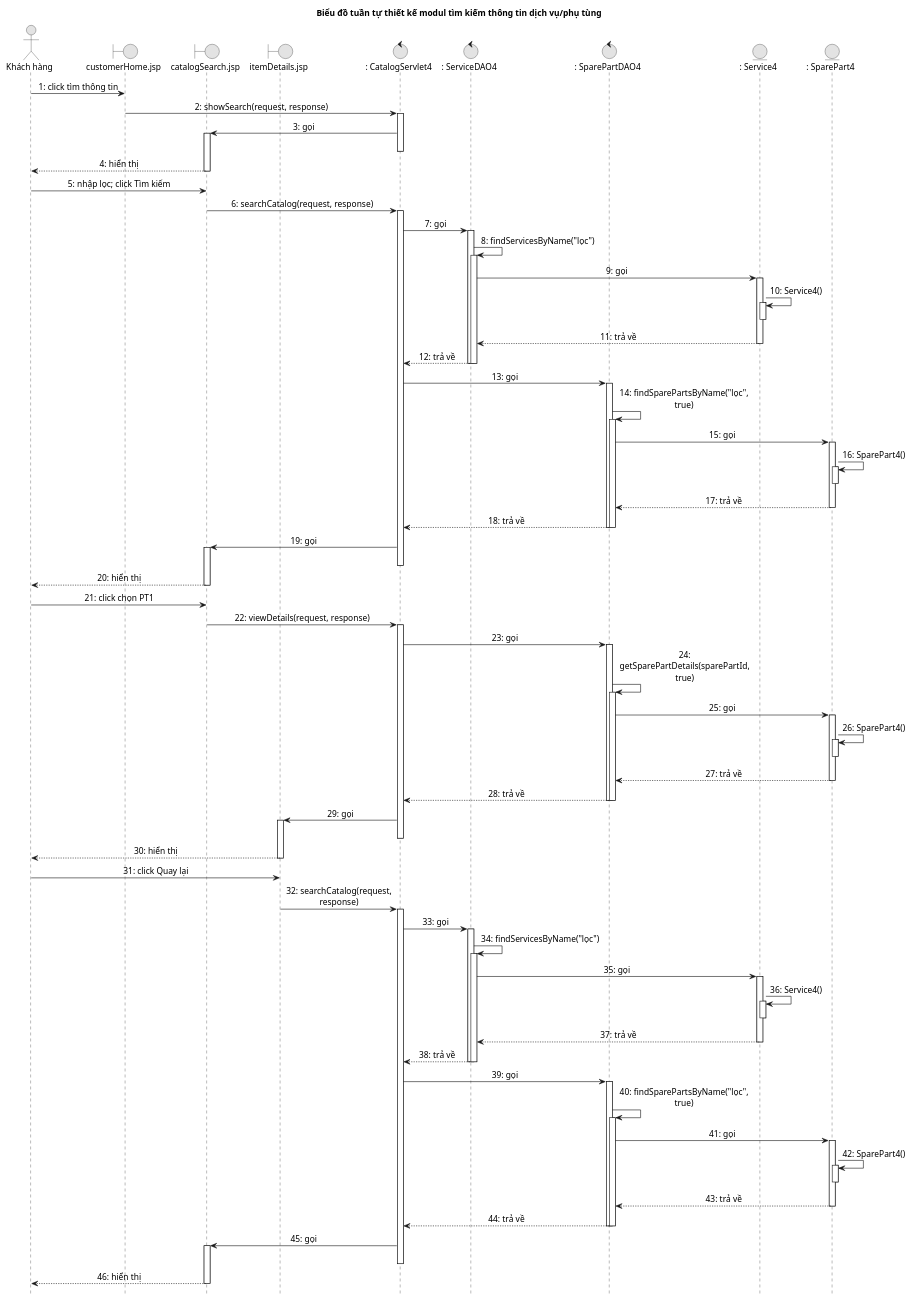
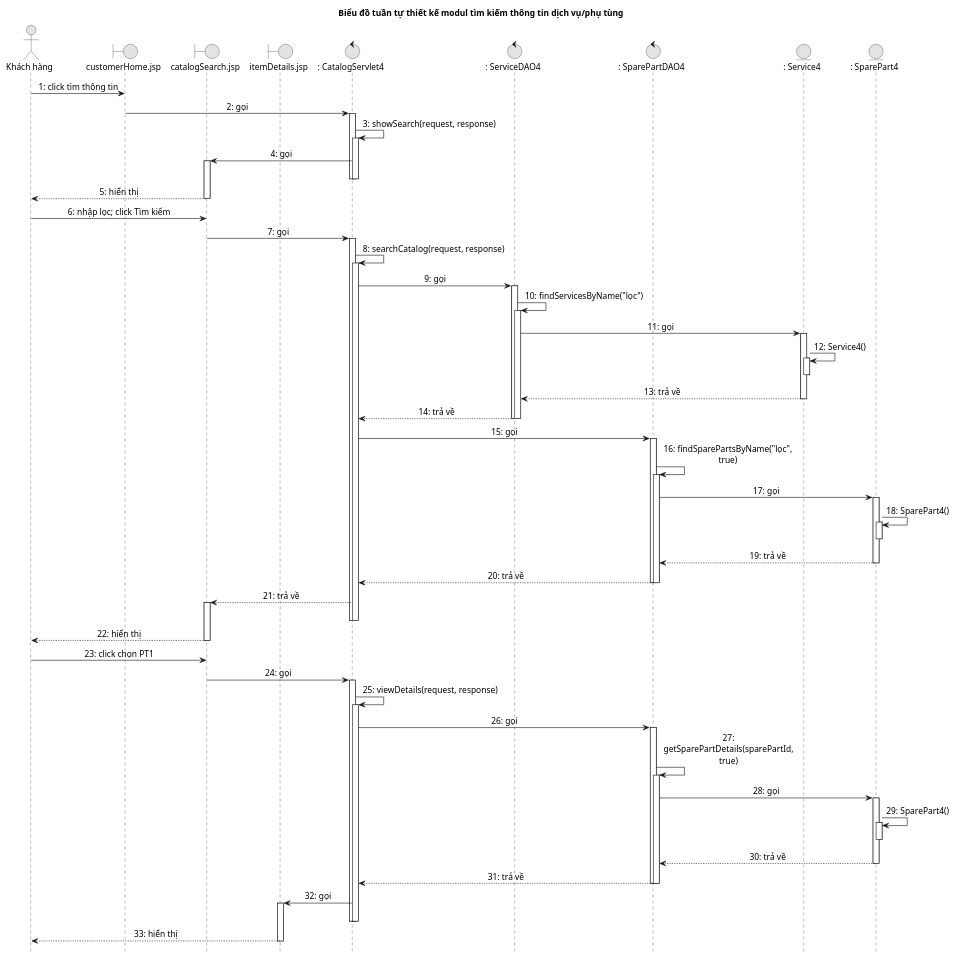
Before and after one commit to thanhdt05/Garaman: the diagram in app/docs/diagrams/tuan_tu_tra_cuu.puml, drawn with PlantUML. The commit also changed 86 other files, not shown here.

```diff
--- a/app/docs/diagrams/tuan_tu_tra_cuu.puml
+++ b/app/docs/diagrams/tuan_tu_tra_cuu.puml
@@ -1,125 +1,98 @@
 @startuml
 skinparam monochrome true
 skinparam shadowing false
 skinparam defaultFontName "Times New Roman"
 skinparam defaultFontSize 14
 skinparam sequenceMessageAlign center
 skinparam maxMessageSize 240
 skinparam ParticipantPadding 16
 skinparam responseMessageBelowArrow true
 hide footbox
 
 title Biểu đồ tuần tự thiết kế modul tìm kiếm thông tin dịch vụ/phụ tùng
 actor "Khách hàng" as A
 boundary "customerHome.jsp" as Home
 boundary "catalogSearch.jsp" as Search
 boundary "itemDetails.jsp" as Detail
 control ": CatalogServlet4" as C
 control ": ServiceDAO4" as SD
 control ": SparePartDAO4" as PD
 entity ": Service4" as S
 entity ": SparePart4" as P
 
 A -> Home : 1: click tìm thông tin
-Home -> C : 2: showSearch(request, response)
+Home -> C : 2: gọi
 activate C
-C -> Search : 3: gọi
+C -> C : 3: showSearch(request, response)
+activate C
+C -> Search : 4: gọi
 activate Search
 deactivate C
-Search --> A : 4: hiển thị
+deactivate C
+Search --> A : 5: hiển thị
 deactivate Search
-A -> Search : 5: nhập lọc; click Tìm kiếm
-Search -> C : 6: searchCatalog(request, response)
+A -> Search : 6: nhập lọc; click Tìm kiếm
+Search -> C : 7: gọi
 activate C
-C -> SD : 7: gọi
+C -> C : 8: searchCatalog(request, response)
+activate C
+C -> SD : 9: gọi
 activate SD
-SD -> SD : 8: findServicesByName("lọc")
+SD -> SD : 10: findServicesByName("lọc")
 activate SD
-SD -> S : 9: gọi
+SD -> S : 11: gọi
 activate S
-S -> S : 10: Service4()
+S -> S : 12: Service4()
 activate S
 deactivate S
-S --> SD : 11: trả về
+S --> SD : 13: trả về
 deactivate S
-SD --> C : 12: trả về
+SD --> C : 14: trả về
 deactivate SD
 deactivate SD
-C -> PD : 13: gọi
+C -> PD : 15: gọi
 activate PD
-PD -> PD : 14: findSparePartsByName("lọc", true)
+PD -> PD : 16: findSparePartsByName("lọc", true)
 activate PD
-PD -> P : 15: gọi
+PD -> P : 17: gọi
 activate P
-P -> P : 16: SparePart4()
+P -> P : 18: SparePart4()
 activate P
 deactivate P
-P --> PD : 17: trả về
+P --> PD : 19: trả về
 deactivate P
-PD --> C : 18: trả về
+PD --> C : 20: trả về
 deactivate PD
 deactivate PD
-C -> Search : 19: gọi
+C --> Search : 21: trả về
 activate Search
 deactivate C
-Search --> A : 20: hiển thị
+deactivate C
+Search --> A : 22: hiển thị
 deactivate Search
-A -> Search : 21: click chọn PT1
-Search -> C : 22: viewDetails(request, response)
+A -> Search : 23: click chọn PT1
+Search -> C : 24: gọi
 activate C
-C -> PD : 23: gọi
+C -> C : 25: viewDetails(request, response)
+activate C
+C -> PD : 26: gọi
 activate PD
-PD -> PD : 24: getSparePartDetails(sparePartId, true)
+PD -> PD : 27: getSparePartDetails(sparePartId, true)
 activate PD
-PD -> P : 25: gọi
+PD -> P : 28: gọi
 activate P
-P -> P : 26: SparePart4()
+P -> P : 29: SparePart4()
 activate P
 deactivate P
-P --> PD : 27: trả về
+P --> PD : 30: trả về
 deactivate P
-PD --> C : 28: trả về
+PD --> C : 31: trả về
 deactivate PD
 deactivate PD
-C -> Detail : 29: gọi
+C -> Detail : 32: gọi
 activate Detail
 deactivate C
-Detail --> A : 30: hiển thị
+deactivate C
+Detail --> A : 33: hiển thị
 deactivate Detail
-A -> Detail : 31: click Quay lại
-Detail -> C : 32: searchCatalog(request, response)
-activate C
-C -> SD : 33: gọi
-activate SD
-SD -> SD : 34: findServicesByName("lọc")
-activate SD
-SD -> S : 35: gọi
-activate S
-S -> S : 36: Service4()
-activate S
-deactivate S
-S --> SD : 37: trả về
-deactivate S
-SD --> C : 38: trả về
-deactivate SD
-deactivate SD
-C -> PD : 39: gọi
-activate PD
-PD -> PD : 40: findSparePartsByName("lọc", true)
-activate PD
-PD -> P : 41: gọi
-activate P
-P -> P : 42: SparePart4()
-activate P
-deactivate P
-P --> PD : 43: trả về
-deactivate P
-PD --> C : 44: trả về
-deactivate PD
-deactivate PD
-C -> Search : 45: gọi
-activate Search
-deactivate C
-Search --> A : 46: hiển thị
-deactivate Search
 @enduml
```
